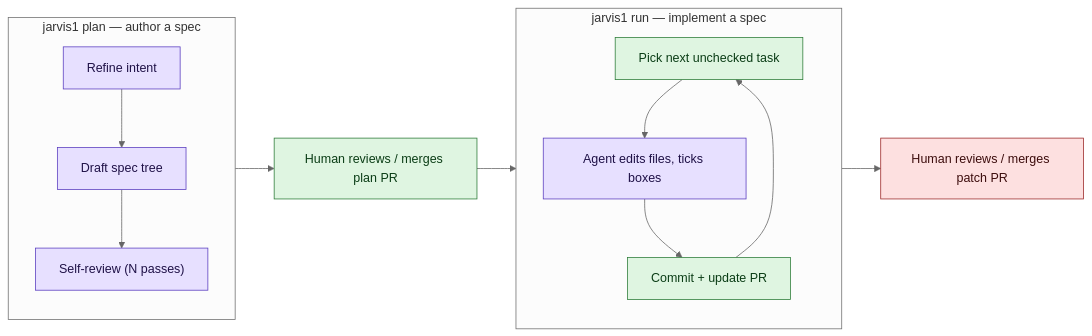
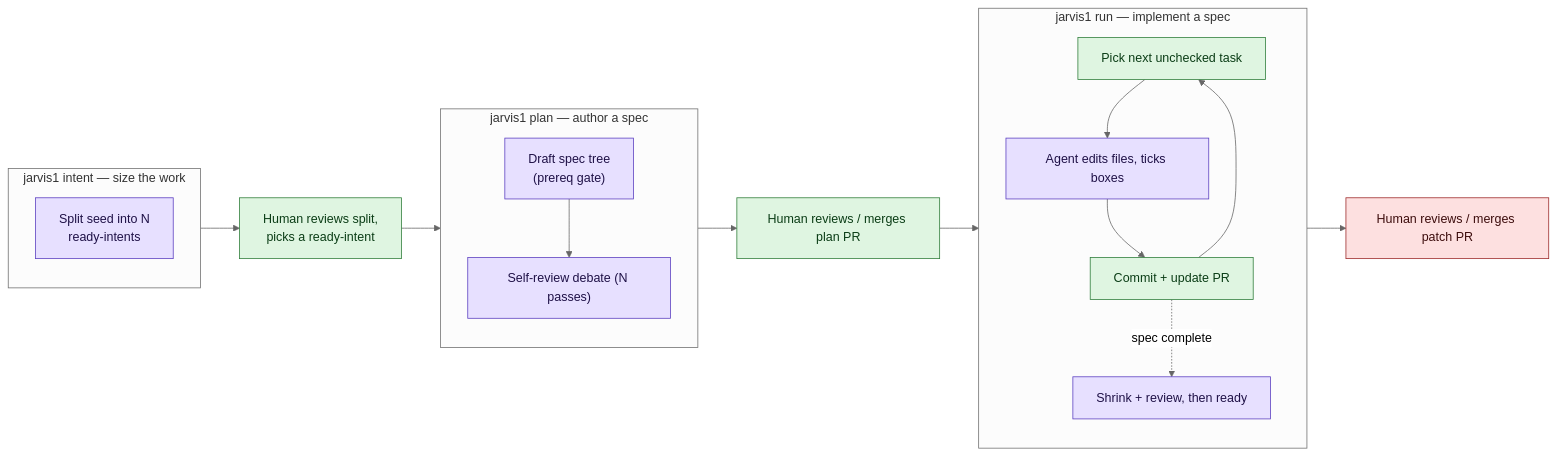
Before and after one commit to cbrenner04/jarvis: the sixth of 6 diagrams in v1/docs/workflows.md, drawn with Mermaid (neutral theme). The commit also changed other lines of this file and 3 other files, not shown here.

Commit message:
docs: refresh workflow diagrams + fix review-passes default (1)

````diff
--- a/v1/docs/workflows.md
+++ b/v1/docs/workflows.md
@@ -281,24 +378,30 @@
 ```mermaid
 flowchart LR
+  subgraph intent["jarvis1 intent — size the work"]
+    direction TB
+    in1["Split seed into N<br/>ready-intents"]:::llm
+  end
+
   subgraph plan["jarvis1 plan — author a spec"]
     direction TB
-    pl1["Refine intent"]:::llm
-    pl2["Draft spec tree"]:::llm
-    pl3["Self-review (N passes)"]:::llm
-    pl1 --> pl2 --> pl3
+    pl1["Draft spec tree<br/>(prereq gate)"]:::llm
+    pl2["Self-review debate (N passes)"]:::llm
+    pl1 --> pl2
   end
 
   subgraph patch["jarvis1 run — implement a spec"]
     direction TB
     pa1["Pick next unchecked task"]:::det
     pa2["Agent edits files, ticks boxes"]:::llm
     pa3["Commit + update PR"]:::det
+    pa4["Shrink + review, then ready"]:::llm
     pa1 --> pa2 --> pa3 --> pa1
+    pa3 -. spec complete .-> pa4
   end
 
-  plan --> review["Human reviews / merges plan PR"]:::det --> patch --> ship["Human reviews / merges patch PR"]:::stop
+  intent --> r0["Human reviews split,<br/>picks a ready-intent"]:::det --> plan --> review["Human reviews / merges plan PR"]:::det --> patch --> ship["Human reviews / merges patch PR"]:::stop
 
   classDef det fill:#dff5e1,stroke:#2f7d3a,color:#0b3d16;
   classDef llm fill:#e7e0ff,stroke:#5b3fc0,color:#1f1147;
   classDef stop fill:#fde0e0,stroke:#9c2a2a,color:#3d0d0d;
 ```
````
